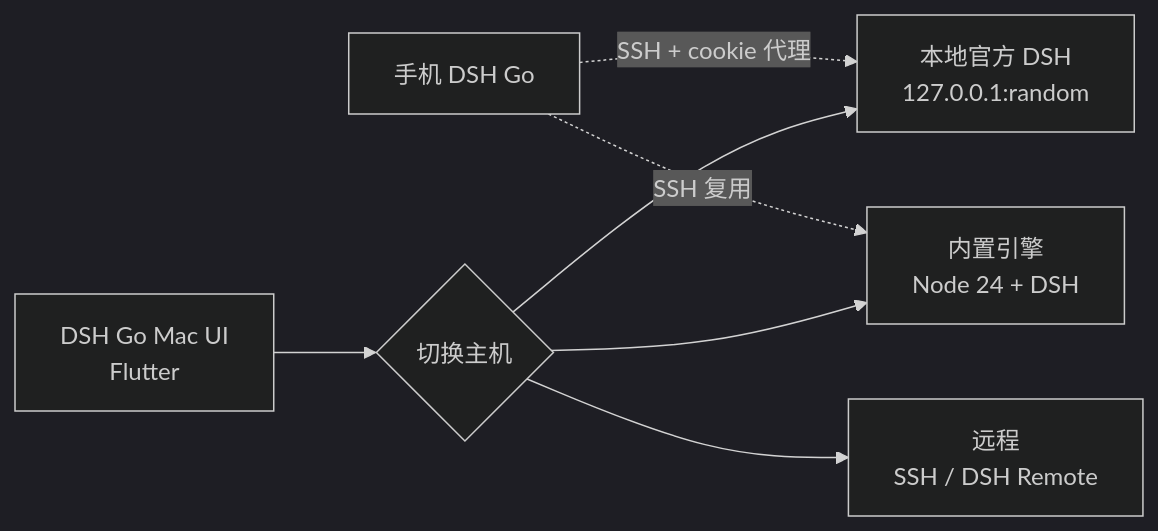
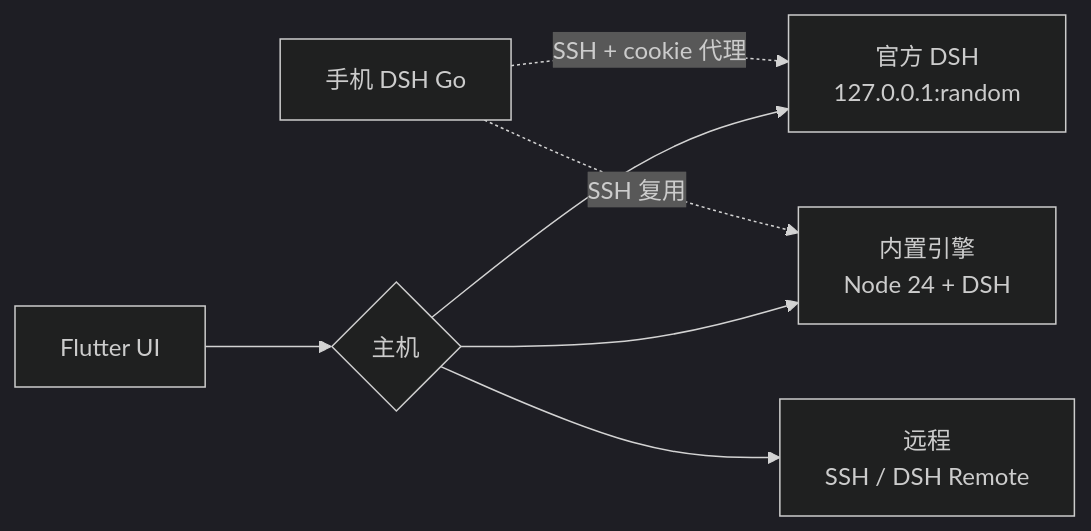
Before and after one commit to BillWGong/dsh-go-mac: the diagram in README.md, drawn with Mermaid (dark theme). The commit also changed other lines of this file and 3 other files, not shown here.

First line of the commit message:
docs: README 重写为产品叙事——真实运行详情截图、克制版式、完整英文版

````diff
--- a/README.md
+++ b/README.md
@@ -128,9 +115,9 @@
 ```mermaid
 flowchart LR
-  UI["DSH Go Mac UI<br/>Flutter"] --> H{"切换主机"}
-  H --> O["本地官方 DSH<br/>127.0.0.1:random"]
-  H --> B["内置引擎<br/>Node 24 + DSH"]
-  H --> R["远程<br/>SSH / DSH Remote"]
+  UI["Flutter UI"] --> S{"主机"}
+  S --> O["官方 DSH<br/>127.0.0.1:random"]
+  S --> B["内置引擎<br/>Node 24 + DSH"]
+  S --> R["远程<br/>SSH / DSH Remote"]
   P["手机 DSH Go"] -. "SSH 复用" .-> B
   P -. "SSH + cookie 代理" .-> O
 ```
````
